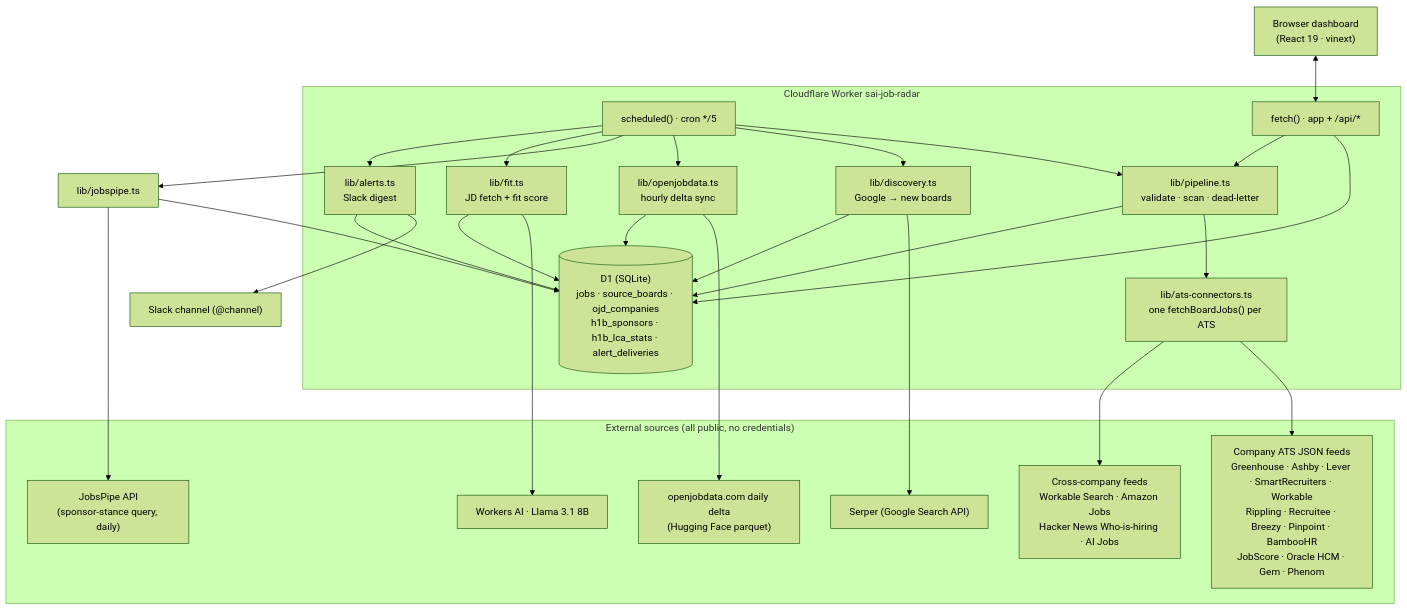
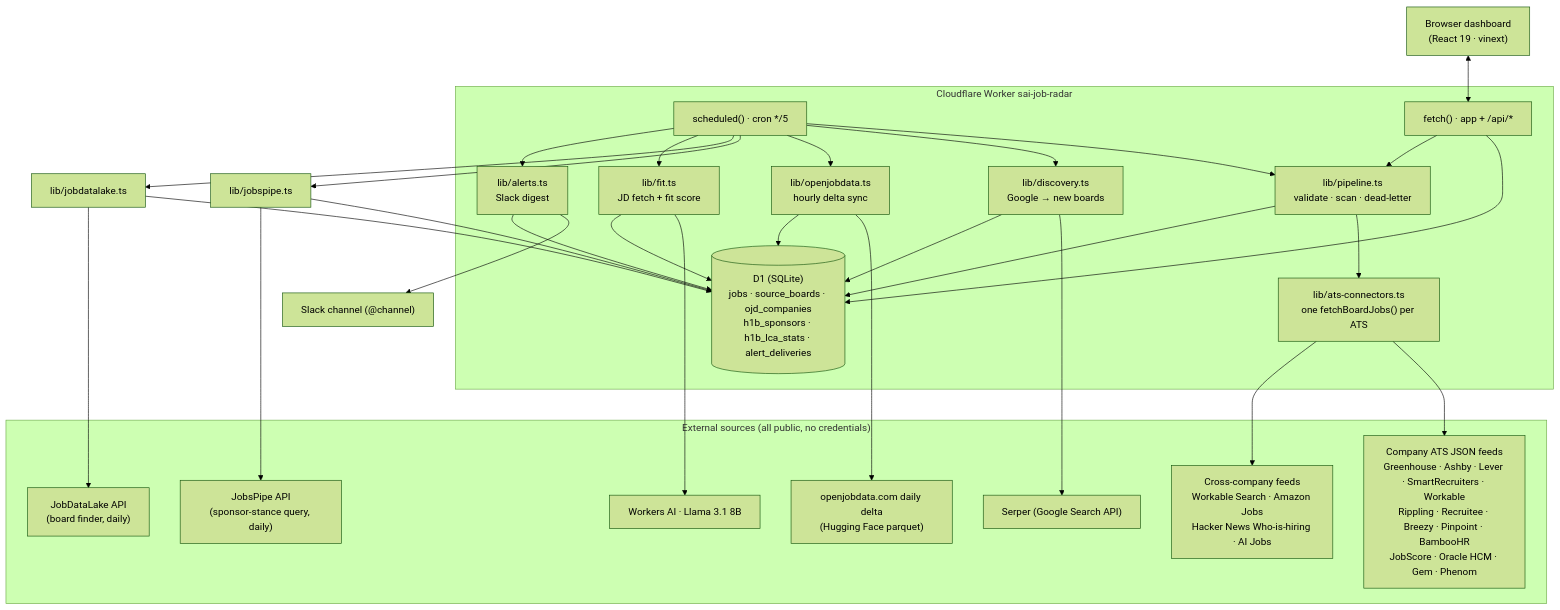
The first of 2 diagrams in TECH_DESIGN.md (akhilesh360/sai-job-radar), drawn with Mermaid (forest theme) before and after one commit. The commit also changed other lines of this file and 5 other files, not shown here.

Commit message:
JobDataLake as a daily board finder (queues readable boards the catalog lacks); seed 17 with seven boards it surfaced

````diff
--- a/TECH_DESIGN.md
+++ b/TECH_DESIGN.md
@@ -28,42 +28,45 @@
 ```mermaid
 flowchart TB
   subgraph Sources["External sources (all public, no credentials)"]
     ATS["Company ATS JSON feeds<br/>Greenhouse · Ashby · Lever · SmartRecruiters · Workable<br/>Rippling · Recruitee · Breezy · Pinpoint · BambooHR<br/>JobScore · Oracle HCM · Gem · Phenom"]
     AGG["Cross-company feeds<br/>Workable Search · Amazon Jobs<br/>Hacker News Who-is-hiring · AI Jobs"]
     OJD["openjobdata.com daily delta<br/>(Hugging Face parquet)"]
     JPX["JobsPipe API<br/>(sponsor-stance query, daily)"]
+    JDL["JobDataLake API<br/>(board finder, daily)"]
     SERP["Serper (Google Search API)"]
     AI["Workers AI · Llama 3.1 8B"]
   end
 
   subgraph CF["Cloudflare Worker sai-job-radar"]
     CRON["scheduled() · cron */5"]
     HTTP["fetch() · app + /api/*"]
     PIPE["lib/pipeline.ts<br/>validate · scan · dead-letter"]
     CONN["lib/ats-connectors.ts<br/>one fetchBoardJobs() per ATS"]
     DISC["lib/discovery.ts<br/>Google → new boards"]
     OJDS["lib/openjobdata.ts<br/>hourly delta sync"]
     FIT["lib/fit.ts<br/>JD fetch + fit score"]
     AL["lib/alerts.ts<br/>Slack digest"]
     D1[("D1 (SQLite)<br/>jobs · source_boards · ojd_companies<br/>h1b_sponsors · h1b_lca_stats · alert_deliveries")]
   end
 
   UI["Browser dashboard<br/>(React 19 · vinext)"]
   SLACK["Slack channel (@channel)"]
 
   CRON --> PIPE --> CONN --> ATS
   CONN --> AGG
   CRON --> DISC --> SERP
   CRON --> OJDS --> OJD
   CRON --> JPS["lib/jobspipe.ts"] --> JPX
+  CRON --> JDS["lib/jobdatalake.ts"] --> JDL
+  JDS --> D1
   JPS --> D1
   CRON --> FIT --> AI
   CRON --> AL --> SLACK
   PIPE --> D1
   DISC --> D1
   OJDS --> D1
   FIT --> D1
   AL --> D1
   UI <--> HTTP --> D1
   HTTP --> PIPE
 ```
````
